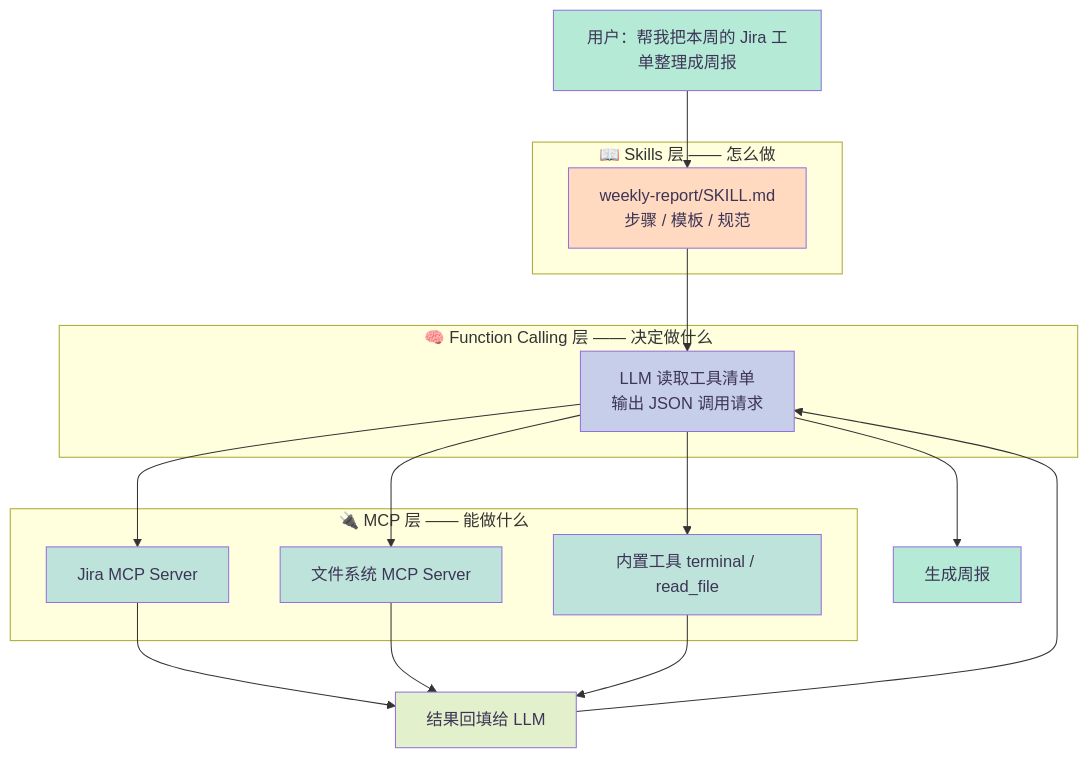
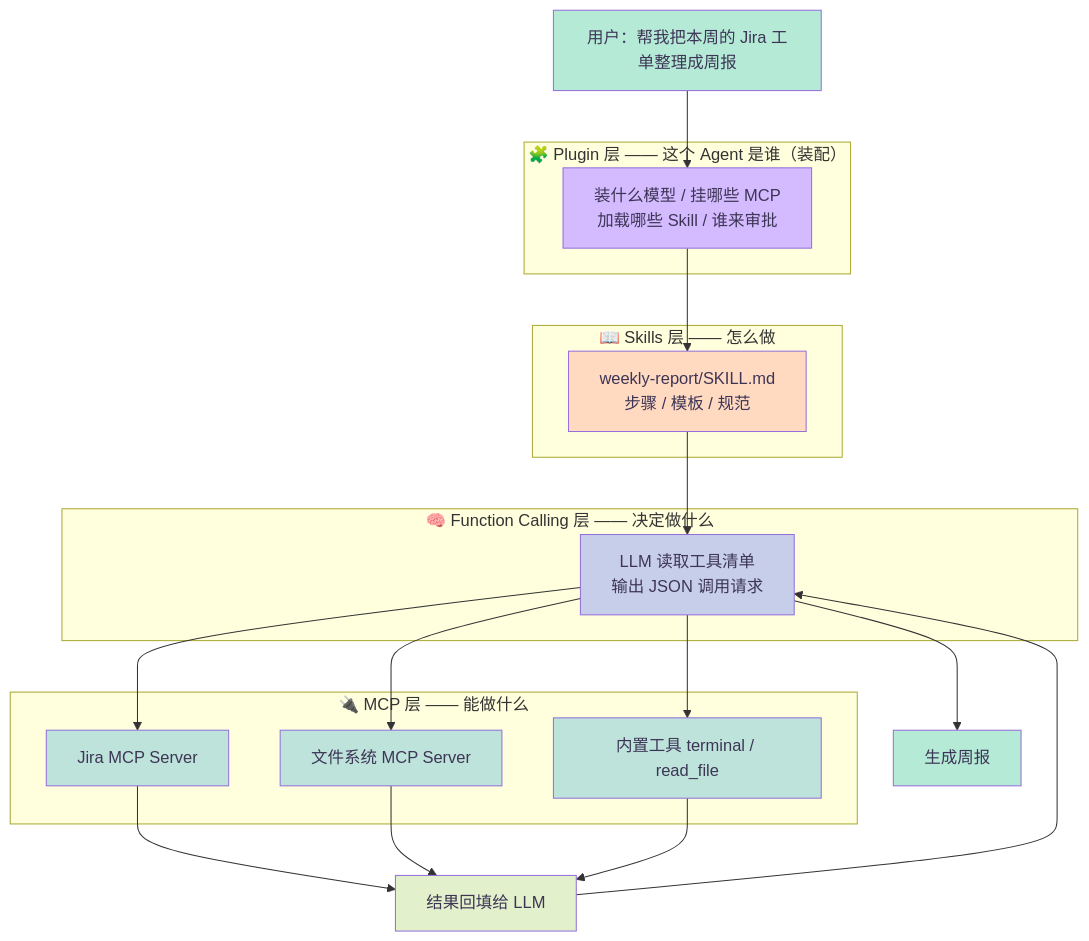
Before and after one commit to caoping0623/caoping0623.github.io: the first of 10 diagrams in _posts/2026-07-28-function-calling-mcp-skills.md, drawn with Mermaid. The commit also changed other lines of this file, not shown here.

First line of the commit message:
补充 Plugin 概念：新增第五节并扩展为四者对比

```diff
--- a/_posts/2026-07-28-function-calling-mcp-skills.md
+++ b/_posts/2026-07-28-function-calling-mcp-skills.md
@@ -35,38 +41,44 @@
 <div class="mermaid">
 graph TB
     U["用户：帮我把本周的 Jira 工单整理成周报"]
+
+    subgraph L4["🧩 Plugin 层 —— 这个 Agent 是谁（装配）"]
+        P["装什么模型 / 挂哪些 MCP<br/>加载哪些 Skill / 谁来审批"]
+    end
 
     subgraph L3["📖 Skills 层 —— 怎么做"]
         S["weekly-report/SKILL.md<br/>步骤 / 模板 / 规范"]
     end
 
     subgraph L2["🧠 Function Calling 层 —— 决定做什么"]
         B["LLM 读取工具清单<br/>输出 JSON 调用请求"]
     end
 
     subgraph L1["🔌 MCP 层 —— 能做什么"]
         M1[Jira MCP Server]
         M2[文件系统 MCP Server]
         M3[内置工具 terminal / read_file]
     end
 
-    U --> S
+    U --> P
+    P --> S
     S --> B
     B --> M1
     B --> M2
     B --> M3
     M1 --> R[结果回填给 LLM]
     M2 --> R
     M3 --> R
     R --> B
     B --> OUT[生成周报]
 
     style U fill:#b5ead7,color:#3d3556
+    style P fill:#d4bbff,color:#3d3556
     style S fill:#ffdac1,color:#3d3556
     style B fill:#c7ceea,color:#3d3556
     style M1 fill:#bee3db,color:#3d3556
     style M2 fill:#bee3db,color:#3d3556
     style M3 fill:#bee3db,color:#3d3556
     style R fill:#e2f0cb,color:#3d3556
     style OUT fill:#b5ead7,color:#3d3556
 </div>
```
